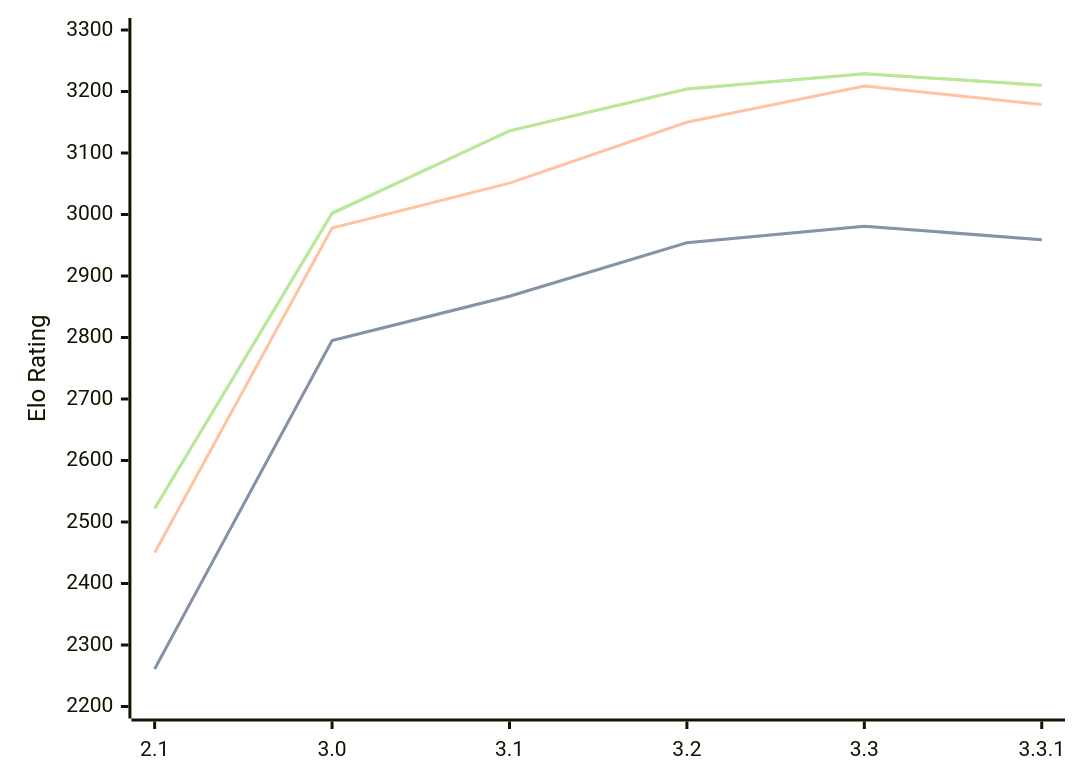
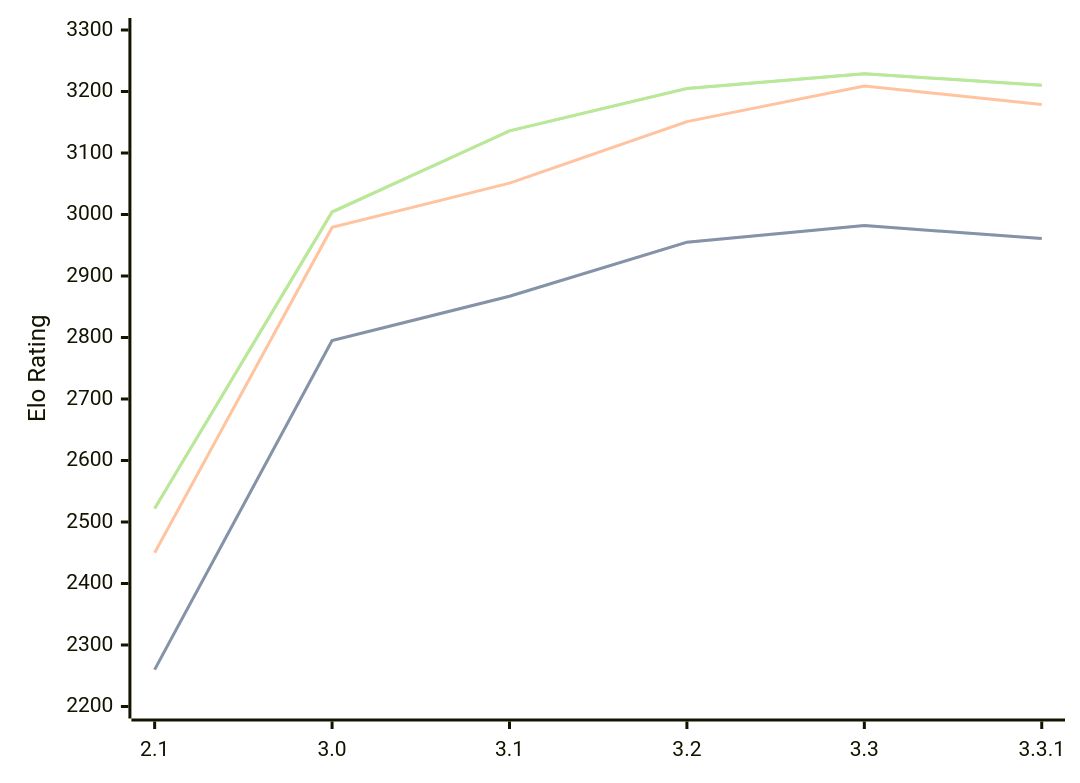
Before and after one commit to computer-chess-index/cci: the diagram in engines/Petrel.md, drawn with Mermaid. The commit also changed other lines of this file, not shown here.

Commit message:
Update CCI Ratings (ELO VLTC) - 2026-04-27

````diff
--- a/engines/Petrel.md
+++ b/engines/Petrel.md
@@ -45,11 +45,11 @@
 ```mermaid
 %%{init: {"theme":"base","themeVariables":{"seriesColors:['#a3a3a3','#222221','#faa371']}}}%%
 xychart-beta
   x-axis ["2.1", "3.0", "3.1", "3.2", "3.3", "3.3.1"]
   y-axis "Elo Rating" 2200 --> 3300
-  line "STC (8.0+0.08s)" [2261, 2795, 2867, 2954, 2981, 2959]
-  line "STC (8.0+0.08s)" [2261, 2795, 2867, 2954, 2981, 2959]
-  line "LTC (60.0+0.60s)" [2450, 2978, 3051, 3150, 3209, 3179]
-  line "VLTC (2m24s+1.12s)" [2522, 3002, 3136, 3204, 3229, 3210]
-  line "VLTC (2m24s+1.12s)" [2522, 3002, 3136, 3204, 3229, 3210]
+  line "STC (8.0+0.08s)" [2260, 2795, 2867, 2955, 2982, 2961]
+  line "STC (8.0+0.08s)" [2260, 2795, 2867, 2955, 2982, 2961]
+  line "LTC (60.0+0.60s)" [2450, 2979, 3051, 3151, 3209, 3179]
+  line "VLTC (2m24s+1.12s)" [2522, 3004, 3136, 3205, 3229, 3210]
+  line "VLTC (2m24s+1.12s)" [2522, 3004, 3136, 3205, 3229, 3210]
 ```
````
